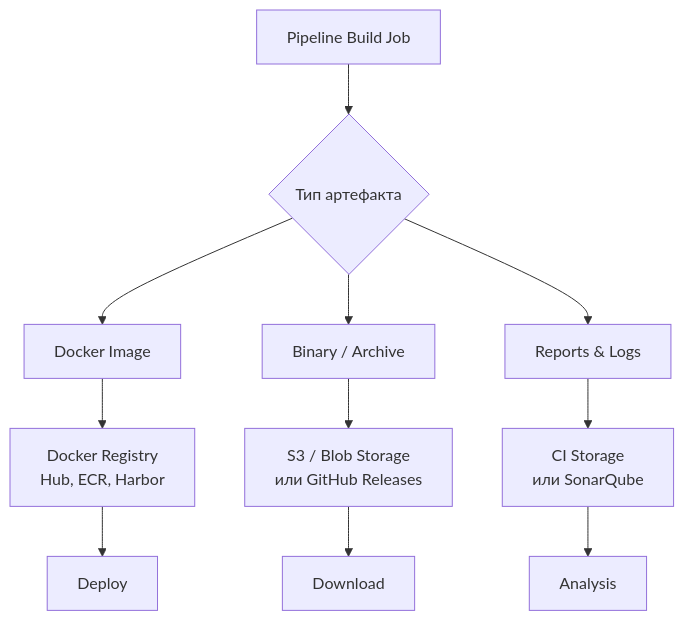
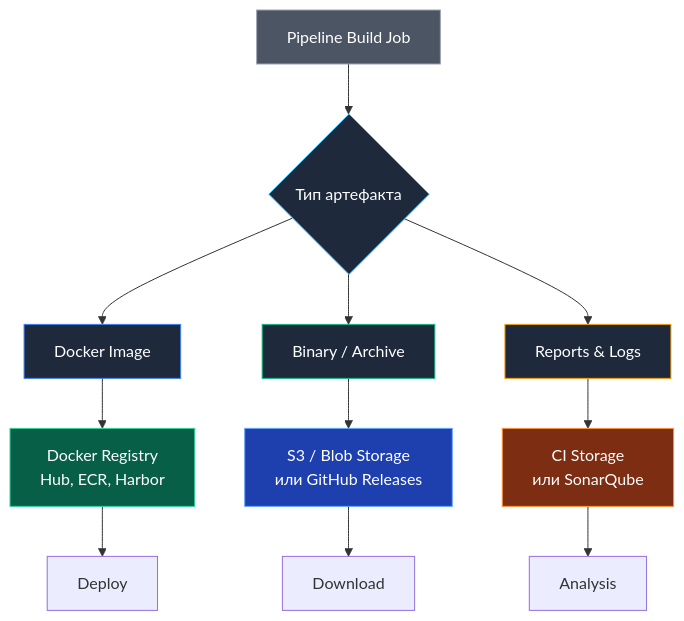
Before and after one commit to UnrealTemplier/go-textbook: the diagram in sources/8. Инфраструктура языка, Тулинг и CI_CD/37. Артефакты сборки.md, drawn with Mermaid. The commit also changed other lines of this file, not shown here.

````diff
--- a/sources/8. Инфраструктура языка, Тулинг и CI_CD/37. Артефакты сборки.md
+++ b/sources/8. Инфраструктура языка, Тулинг и CI_CD/37. Артефакты сборки.md
@@ -15,17 +17,26 @@
 ```mermaid
 flowchart TD
     A["Pipeline Build Job"] --> B{"Тип артефакта"}
     
     B --> C["Docker Image"]
     C --> D["Docker Registry<br>Hub, ECR, Harbor"]
     
     B --> E["Binary / Archive"]
     E --> F["S3 / Blob Storage<br>или GitHub Releases"]
     
     B --> G["Reports & Logs"]
     G --> H["CI Storage<br>или SonarQube"]
     
     D --> I["Deploy"]
     F --> J["Download"]
     H --> K["Analysis"]
+    
+    style A fill:#4b5563,stroke:#9ca3af,color:#fff
+    style B fill:#1e293b,stroke:#38bdf8,color:#fff
+    style C fill:#1e293b,stroke:#3b82f6,color:#fff
+    style E fill:#1e293b,stroke:#10b981,color:#fff
+    style G fill:#1e293b,stroke:#f59e0b,color:#fff
+    style D fill:#065f46,stroke:#34d399,color:#fff
+    style F fill:#1e40af,stroke:#60a5fa,color:#fff
+    style H fill:#7c2d12,stroke:#fb923c,color:#fff
 ```
````
